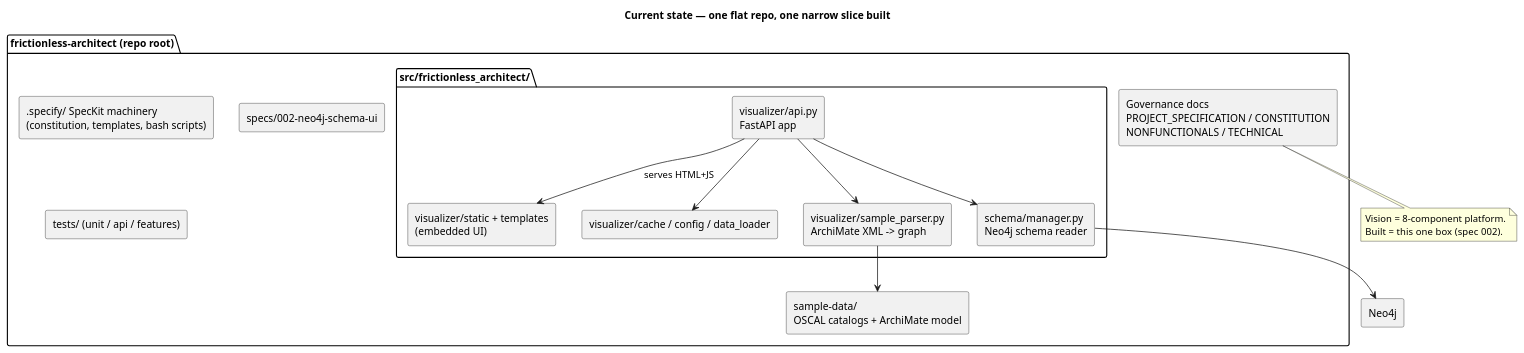
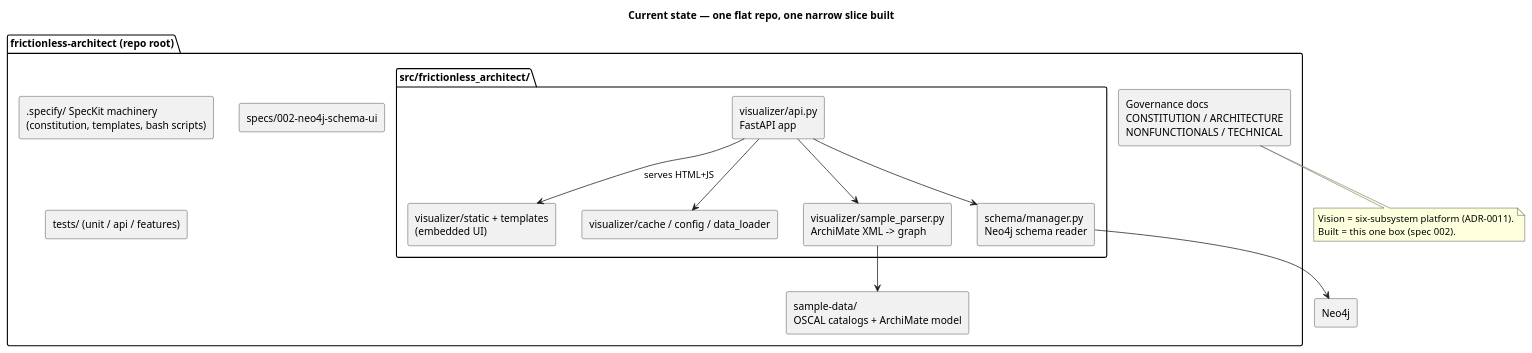
One commit to wolffy-au/frictionless-architect changed the first of 3 diagrams in ARCHITECTURE.md. Above: the diagram before and after it, drawn with PlantUML. The commit also changed other lines of this file and 114 other files, not shown here.

````diff
--- a/ARCHITECTURE.md
+++ b/ARCHITECTURE.md
@@ -32,36 +35,36 @@
 ```plantuml
 @startuml
 title Current state — one flat repo, one narrow slice built
 skinparam componentStyle rectangle
 
 package "frictionless-architect (repo root)" {
-  [Governance docs\nPROJECT_SPECIFICATION / CONSTITUTION\nNONFUNCTIONALS / TECHNICAL] as docs
+  [Governance docs\nCONSTITUTION / ARCHITECTURE\nNONFUNCTIONALS / TECHNICAL] as docs
   [.specify/ SpecKit machinery\n(constitution, templates, bash scripts)] as speckit
   [specs/002-neo4j-schema-ui] as spec002
 
   package "src/frictionless_architect/" {
     [visualizer/api.py\nFastAPI app] as api
     [visualizer/static + templates\n(embedded UI)] as ui
     [visualizer/cache / config / data_loader] as vsupport
     [visualizer/sample_parser.py\nArchiMate XML -> graph] as parser
     [schema/manager.py\nNeo4j schema reader] as schema
   }
 
   [sample-data/\nOSCAL catalogs + ArchiMate model] as sampledata
   [tests/ (unit / api / features)] as tests
 }
 
 [Neo4j] as neo4j
 api --> ui : serves HTML+JS
 api --> vsupport
 api --> schema
 schema --> neo4j
 api --> parser
 parser --> sampledata
 
 note bottom of docs
-  Vision = 8-component platform.
+  Vision = six-subsystem platform (ADR-0011).
   Built  = this one box (spec 002).
 end note
 @enduml
 ```
````
